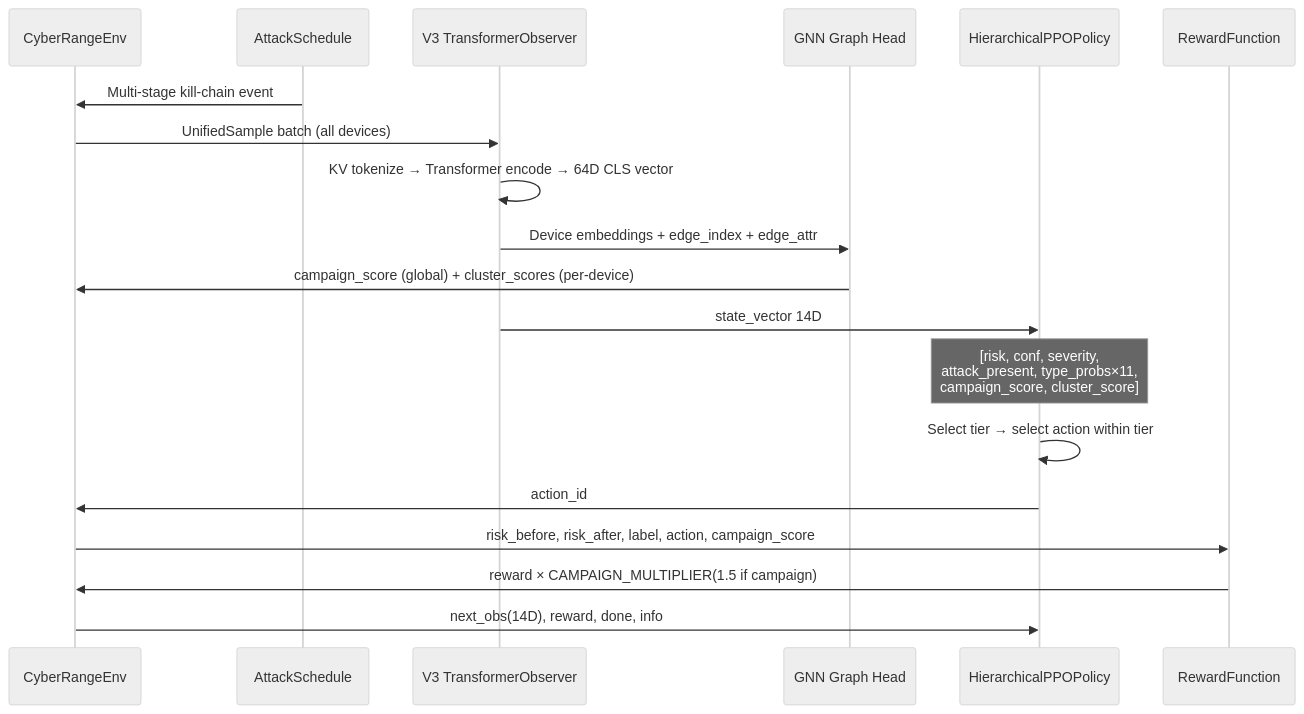
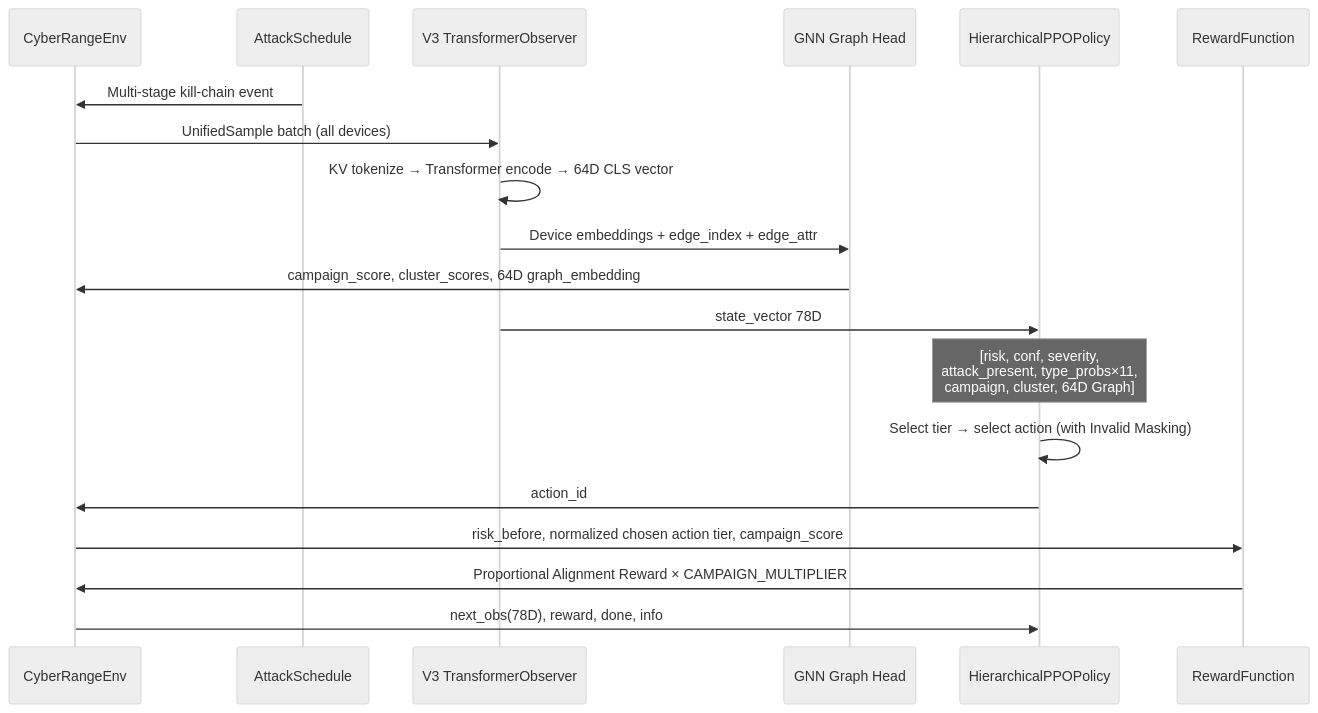
One commit to didi-09/AI_DRIVEN_SOAR changed the second of 15 diagrams in README.md. Above: the diagram before and after it, drawn with Mermaid (neutral theme). The commit also changed other lines of this file, not shown here.

First line of the commit message:
Revise state vector to 78D and update reward function

````diff
--- a/README.md
+++ b/README.md
@@ -80,22 +80,22 @@
 ```mermaid
 sequenceDiagram
     participant ENV as CyberRangeEnv
     participant ATK as AttackSchedule
     participant OBS as V3 TransformerObserver
     participant GNN as GNN Graph Head
     participant PPO as HierarchicalPPOPolicy
     participant RWD as RewardFunction
 
     ATK->>ENV: Multi-stage kill-chain event
     ENV->>OBS: UnifiedSample batch (all devices)
     OBS->>OBS: KV tokenize → Transformer encode → 64D CLS vector
     OBS->>GNN: Device embeddings + edge_index + edge_attr
-    GNN->>ENV: campaign_score (global) + cluster_scores (per-device)
-    OBS->>PPO: state_vector 14D
-    Note over PPO: [risk, conf, severity,<br/>attack_present, type_probs×11,<br/>campaign_score, cluster_score]
-    PPO->>PPO: Select tier → select action within tier
+    GNN->>ENV: campaign_score, cluster_scores, 64D graph_embedding
+    OBS->>PPO: state_vector 78D
+    Note over PPO: [risk, conf, severity,<br/>attack_present, type_probs×11,<br/>campaign, cluster, 64D Graph]
+    PPO->>PPO: Select tier → select action (with Invalid Masking)
     PPO->>ENV: action_id
-    ENV->>RWD: risk_before, risk_after, label, action, campaign_score
-    RWD->>ENV: reward × CAMPAIGN_MULTIPLIER(1.5 if campaign)
-    ENV->>PPO: next_obs(14D), reward, done, info
+    ENV->>RWD: risk_before, normalized chosen action tier, campaign_score
+    RWD->>ENV: Proportional Alignment Reward × CAMPAIGN_MULTIPLIER
+    ENV->>PPO: next_obs(78D), reward, done, info
 ```
````
